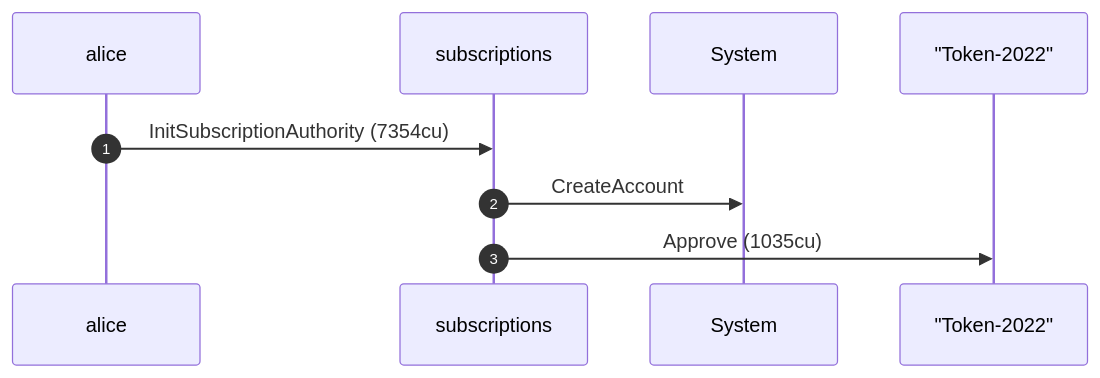
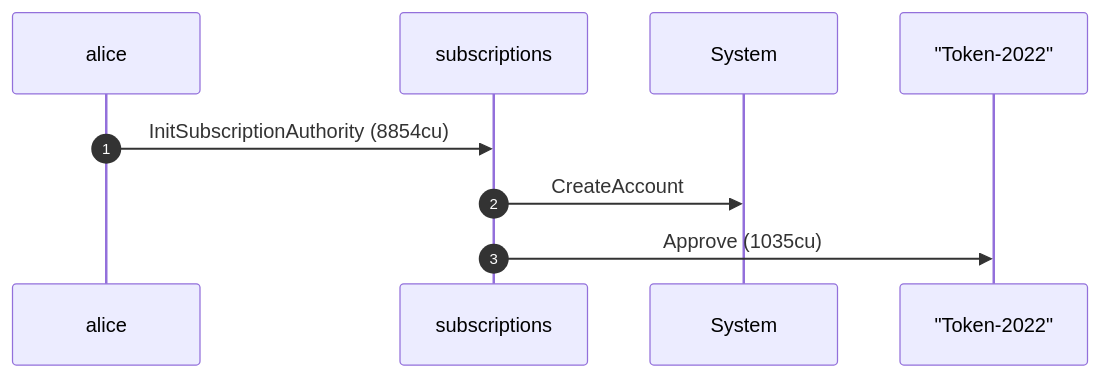
One commit to cds-rs/subscriptions changed the first of 8 diagrams in dsl_tests/revoke-clears-the-delegate--token-2022-.md. Above: the diagram before and after it, drawn with Mermaid. The commit also changed other lines of this file and 224 other files, not shown here.

````diff
--- a/dsl_tests/revoke-clears-the-delegate--token-2022-.md
+++ b/dsl_tests/revoke-clears-the-delegate--token-2022-.md
@@ -24,11 +25,11 @@
 ```mermaid
 sequenceDiagram
     autonumber
     participant alice
     participant subscriptions
     participant System
     participant Token_2022 as "Token-2022"
-    alice ->> subscriptions: InitSubscriptionAuthority (7354cu)
+    alice ->> subscriptions: InitSubscriptionAuthority (8854cu)
     subscriptions ->> System: CreateAccount
     subscriptions ->> Token_2022: Approve (1035cu)
 ```
````
